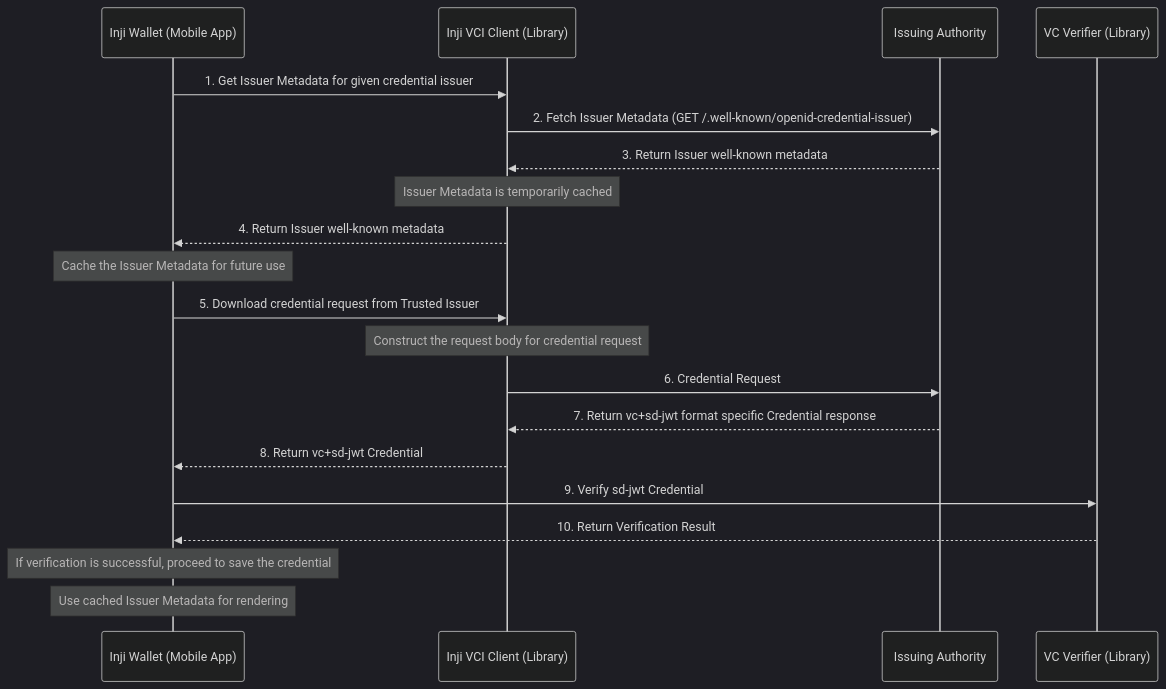
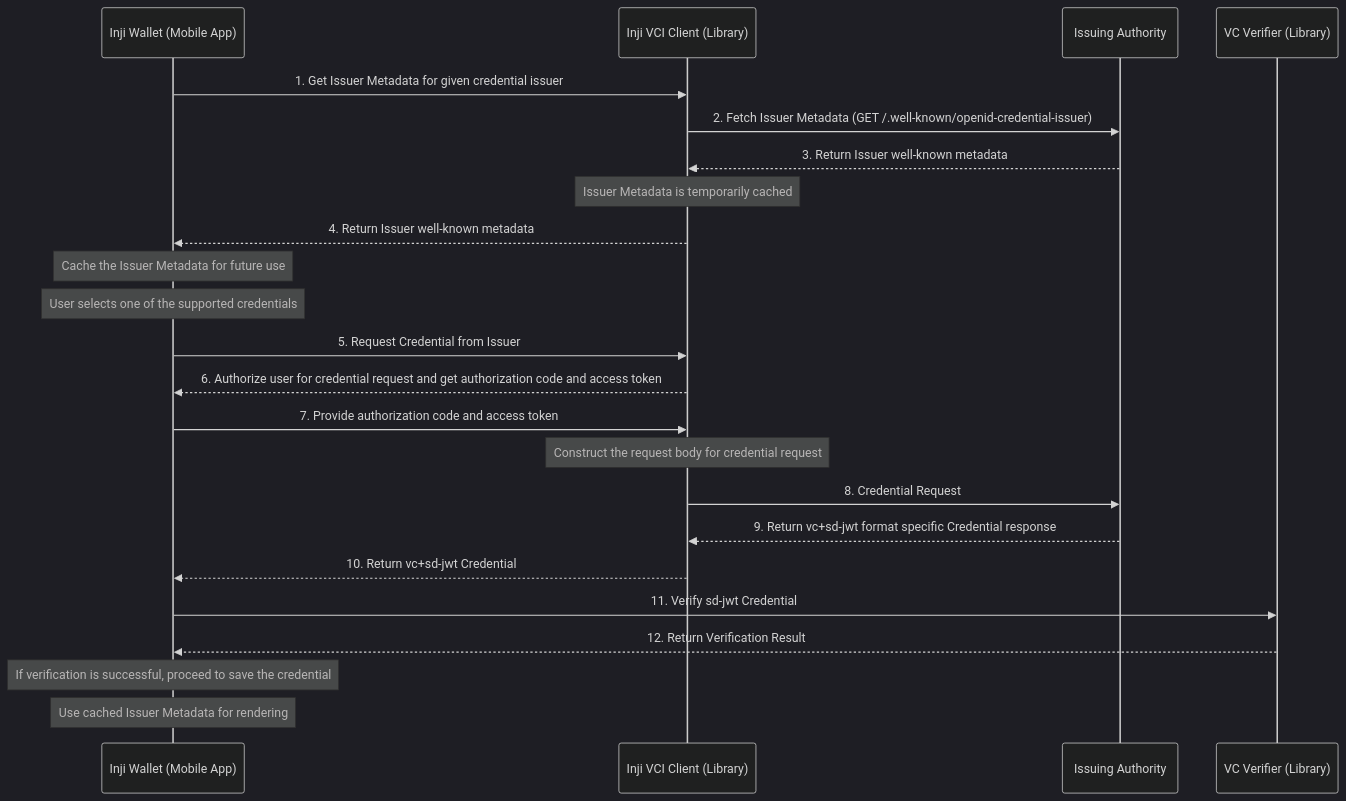
One commit to mijan32/inji-wallet changed the diagram in docs/ietf-sd-jwt-vc-support.md. Above: the diagram before and after it, drawn with Mermaid (dark theme). The commit also changed other lines of this file, not shown here.

Commit message:
[INJIMOB-3365] - Add steps for authorize user and access token

````diff
--- a/docs/ietf-sd-jwt-vc-support.md
+++ b/docs/ietf-sd-jwt-vc-support.md
@@ -13,25 +13,28 @@
 ```mermaid
 sequenceDiagram
   participant W as Inji Wallet (Mobile App)
   participant VCI_Lib as Inji VCI Client (Library)
   participant Issuer as Issuing Authority
   participant VCVerifier as VC Verifier (Library)
 
   W ->> VCI_Lib: 1. Get Issuer Metadata for given credential issuer
   VCI_Lib ->> Issuer: 2. Fetch Issuer Metadata (GET /.well-known/openid-credential-issuer)
   Issuer -->> VCI_Lib: 3. Return Issuer well-known metadata
   Note over VCI_Lib: Issuer Metadata is temporarily cached
   VCI_Lib -->> W: 4. Return Issuer well-known metadata
   Note over W: Cache the Issuer Metadata for future use
-  W ->> VCI_Lib: 5. Download credential request from Trusted Issuer
+  Note over W: User selects one of the supported credentials
+  W ->> VCI_Lib: 5. Request Credential from Issuer
+  VCI_Lib -->> W: 6. Authorize user for credential request and get authorization code and access token
+  W ->> VCI_Lib: 7. Provide authorization code and access token
   Note over VCI_Lib: Construct the request body for credential request
-  VCI_Lib ->> Issuer: 6. Credential Request
-  Issuer -->> VCI_Lib: 7. Return vc+sd-jwt format specific Credential response
-  VCI_Lib -->> W: 8. Return vc+sd-jwt Credential
-  W ->> VCVerifier: 9. Verify sd-jwt Credential
-  VCVerifier -->> W: 10. Return Verification Result
+  VCI_Lib ->> Issuer: 8. Credential Request
+  Issuer -->> VCI_Lib: 9. Return vc+sd-jwt format specific Credential response
+  VCI_Lib -->> W: 10. Return vc+sd-jwt Credential
+  W ->> VCVerifier: 11. Verify sd-jwt Credential
+  VCVerifier -->> W: 12. Return Verification Result
   Note over W: If verification is successful, proceed to save the credential
   Note over W: Use cached Issuer Metadata for rendering
   
 
 ```
````
